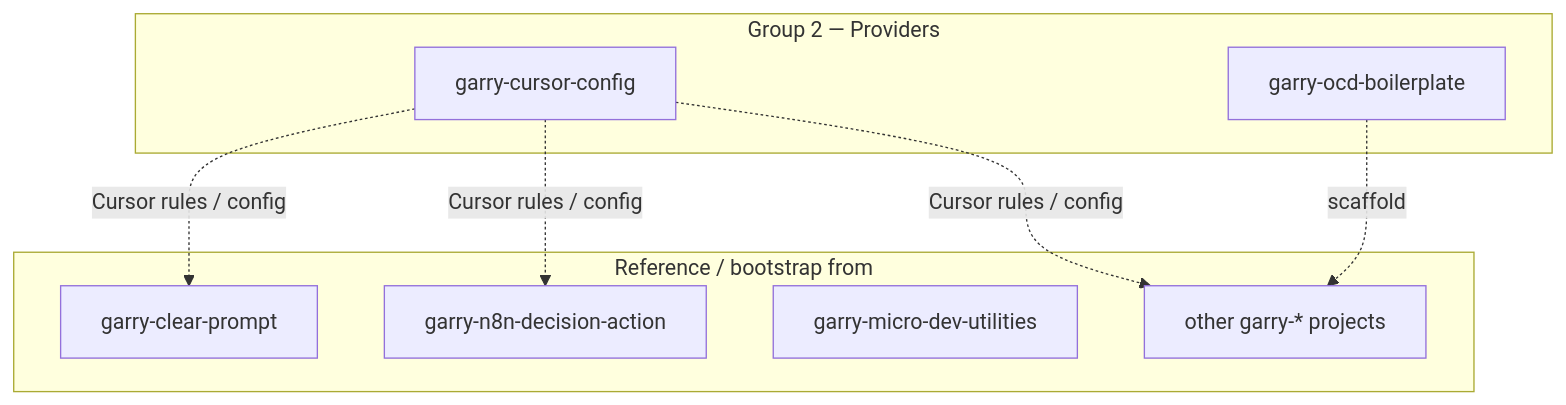
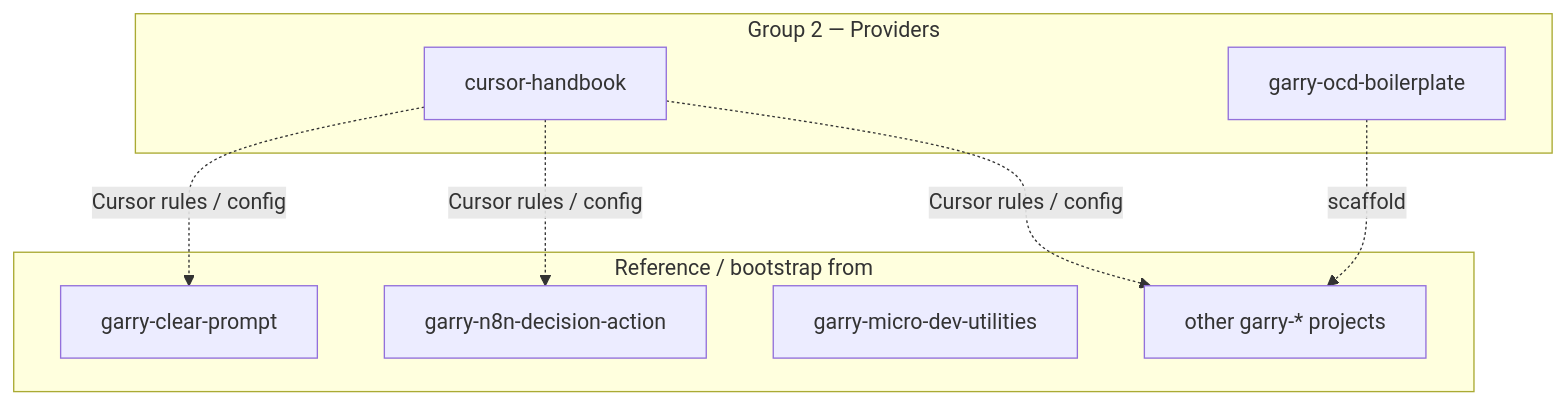
Before and after one commit to girijashankarj/portfolio: the second of 4 diagrams in GITHUB-REPOS-AND-DEMOS.md, drawn with Mermaid. The commit also changed other lines of this file and 1 other file, not shown here.

Commit message:
feat: replace cursor-config with cursor-handbook, add Animal Care Gateway
- Remove cursor-config project from portfolio
- Add cursor-handbook (110 rules, agents, skills for Cursor IDE)
- Add Animal Care Gateway (community platform, live at animalcaregateway.com)
- Update GITHUB-REPOS-AND-DEMOS.md

Made-with: Cursor

````diff
--- a/GITHUB-REPOS-AND-DEMOS.md
+++ b/GITHUB-REPOS-AND-DEMOS.md
@@ -114,17 +114,17 @@
 ```mermaid
 flowchart TB
   subgraph group2_providers["Group 2 — Providers"]
-    cursor_config[garry-cursor-config]
+    cursor_handbook[cursor-handbook]
     ocd_boilerplate[garry-ocd-boilerplate]
   end
   subgraph group2_consumers["Reference / bootstrap from"]
     clear_prompt[garry-clear-prompt]
     n8n[garry-n8n-decision-action]
     micro[garry-micro-dev-utilities]
     other[other garry-* projects]
   end
-  cursor_config -.->|"Cursor rules / config"| clear_prompt
-  cursor_config -.->|"Cursor rules / config"| n8n
-  cursor_config -.->|"Cursor rules / config"| other
+  cursor_handbook -.->|"Cursor rules / config"| clear_prompt
+  cursor_handbook -.->|"Cursor rules / config"| n8n
+  cursor_handbook -.->|"Cursor rules / config"| other
   ocd_boilerplate -.->|"scaffold"| other
 ```
````
